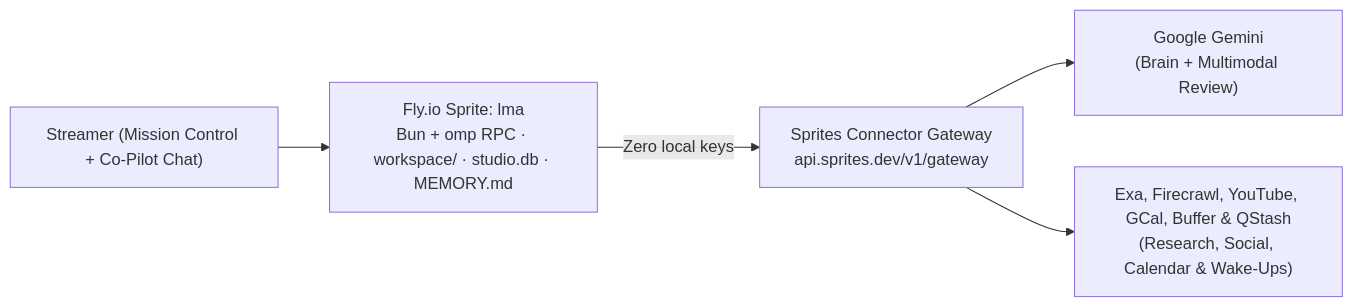
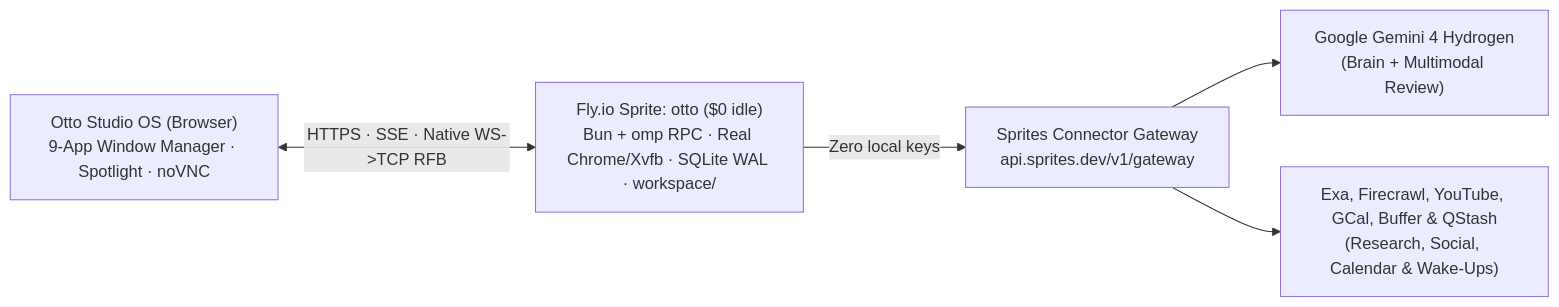
The diagram in README.md (roffidaijoubu/otto), drawn with Mermaid before and after one commit. The commit also changed other lines of this file and 7 other files, not shown here.

Commit message:
docs: upgrade Hacksgiving pitch, Otto Studio OS screenshot, architecture, and verify-all checks

````diff
--- a/README.md
+++ b/README.md
@@ -59,7 +60,7 @@
 ```mermaid
 flowchart LR
-    U["Streamer (Mission Control + Co-Pilot Chat)"] --> S["Fly.io Sprite: lma<br/>Bun + omp RPC · workspace/ · studio.db · MEMORY.md"]
+    U["Otto Studio OS (Browser)<br/>9-App Window Manager · Spotlight · noVNC"] <-->|"HTTPS · SSE · Native WS->TCP RFB"| S["Fly.io Sprite: otto ($0 idle)<br/>Bun + omp RPC · Real Chrome/Xvfb · SQLite WAL · workspace/"]
     S -->|"Zero local keys"| G["Sprites Connector Gateway<br/>api.sprites.dev/v1/gateway"]
-    G --> M["Google Gemini<br/>(Brain + Multimodal Review)"]
+    G --> M["Google Gemini 4 Hydrogen<br/>(Brain + Multimodal Review)"]
     G --> E["Exa, Firecrawl, YouTube, GCal, Buffer &amp; QStash<br/>(Research, Social, Calendar &amp; Wake-Ups)"]
 ```
````
